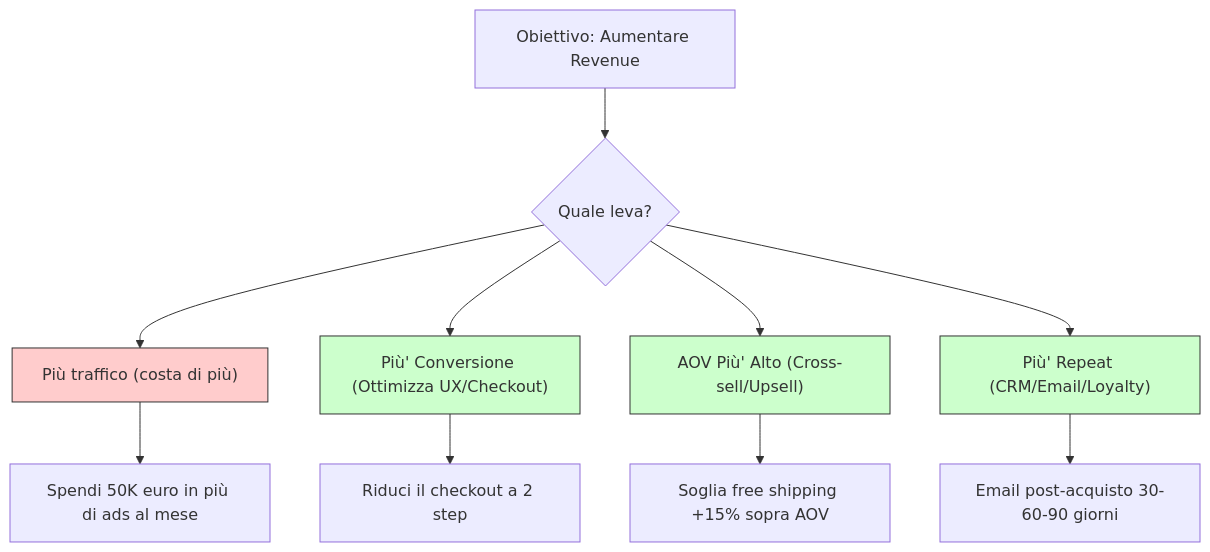
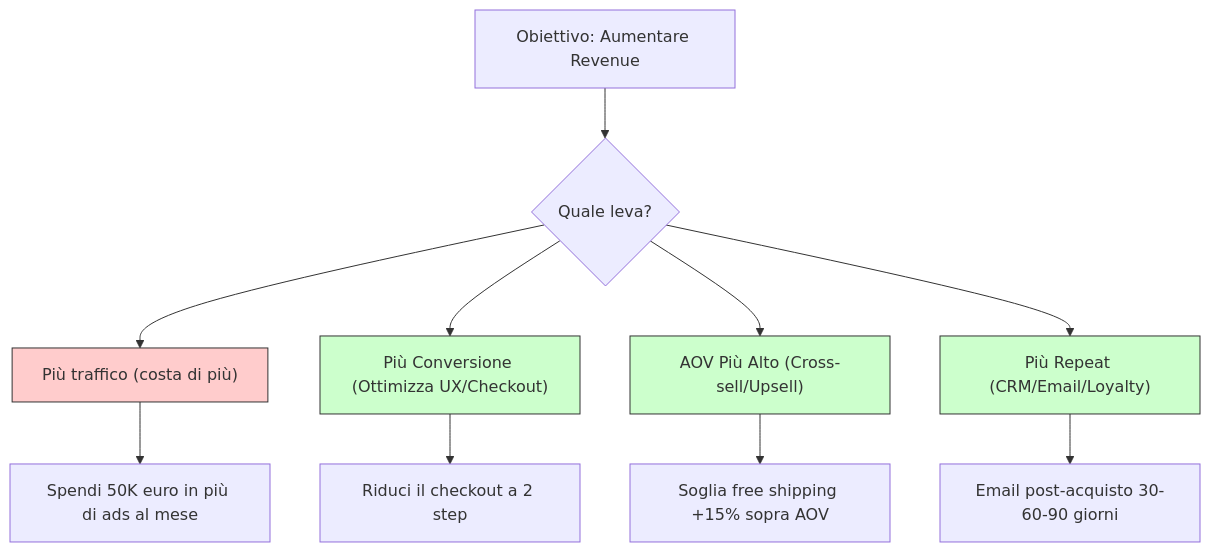
The diagram in src/content/blog/ecommerce-analytics.mdx (AndreyBertasini/gynnitech), drawn with Mermaid before and after one commit. The commit also changed other lines of this file and 1491 other files, not shown here.

````diff
--- a/src/content/blog/ecommerce-analytics.mdx
+++ b/src/content/blog/ecommerce-analytics.mdx
@@ -223,18 +162,18 @@
 ```mermaid
 graph TD
     A["Obiettivo: Aumentare Revenue"] --> B{Quale leva?}
     B --> C["Più traffico (costa di più)"]
-    B --> D["Più' Conversione (Ottimizza UX/Checkout)"]
-    B --> E["AOV Più' Alto (Cross-sell/Upsell)"]
-    B --> F["Più' Repeat (CRM/Email/Loyalty)"]
+    B --> D["Più Conversione (Ottimizza UX/Checkout)"]
+    B --> E["AOV Più Alto (Cross-sell/Upsell)"]
+    B --> F["Più Repeat (CRM/Email/Loyalty)"]
 
     C --> G["Spendi 50K euro in più di ads al mese"]
     D --> H["Riduci il checkout a 2 step"]
     E --> I["Soglia free shipping +15% sopra AOV"]
     F --> J["Email post-acquisto 30-60-90 giorni"]
 
     style D fill:#ccffcc,stroke:#333
     style E fill:#ccffcc,stroke:#333
     style F fill:#ccffcc,stroke:#333
     style C fill:#ffcccc,stroke:#333
 ```
````
